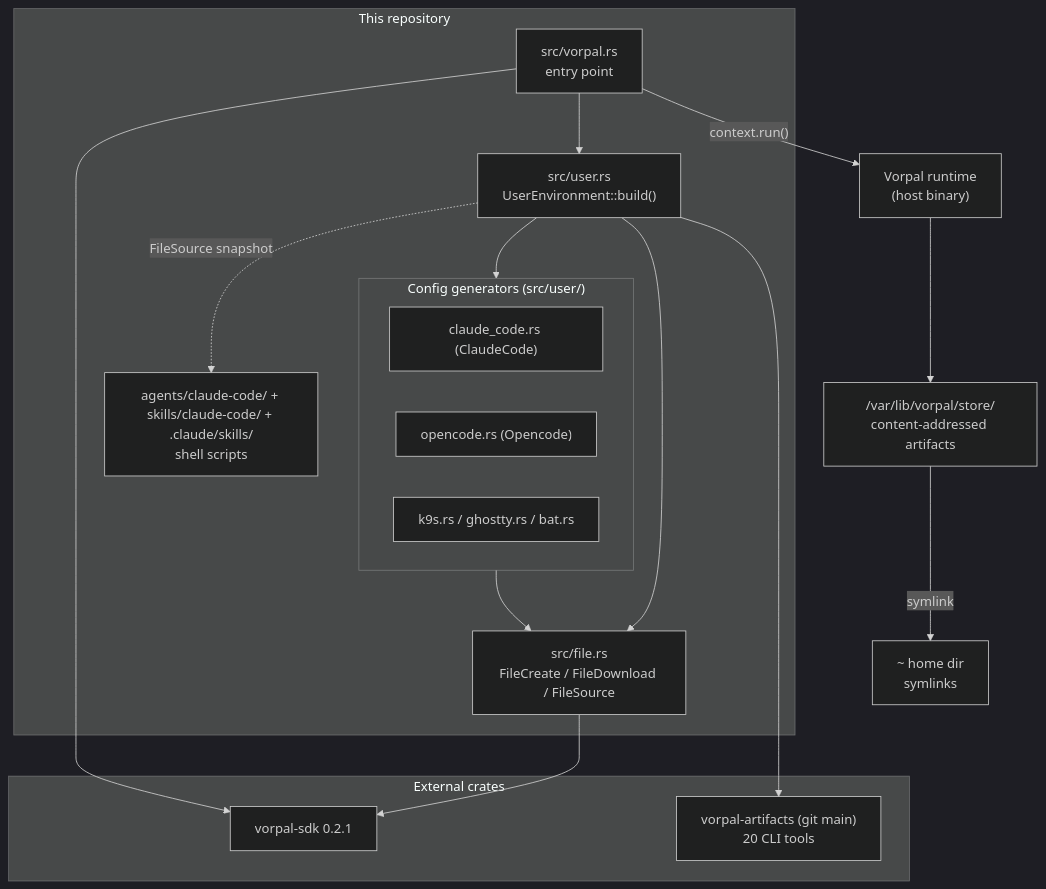
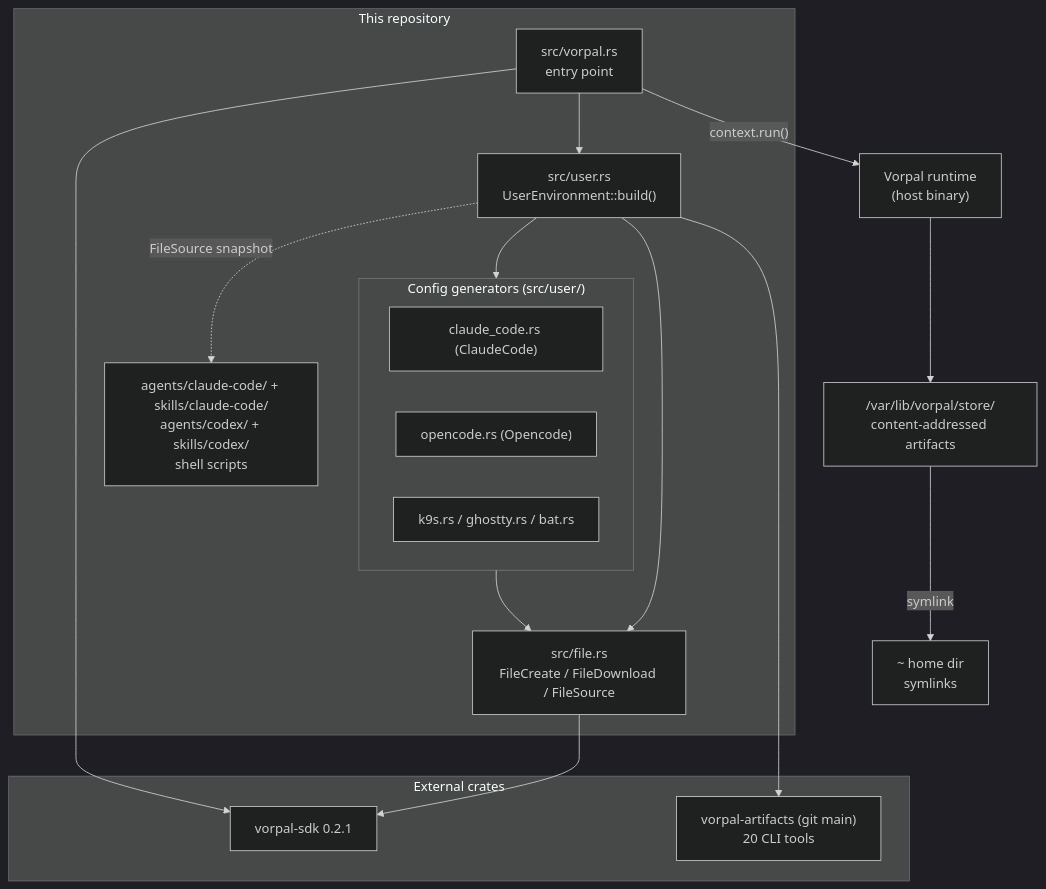
Before and after one commit to ALT-F4-LLC/dotfiles.vorpal: the first of 2 diagrams in docs/spec/architecture.md, drawn with Mermaid (dark theme). The commit also changed other lines of this file and 27 other files, not shown here.

Commit message:
Add Codex agent team payload

````diff
--- a/docs/spec/architecture.md
+++ b/docs/spec/architecture.md
@@ -80,35 +82,35 @@
 ```mermaid
 graph TD
     subgraph repo["This repository"]
         VR["src/vorpal.rs<br/>entry point"]
         UE["src/user.rs<br/>UserEnvironment::build()"]
         FP["src/file.rs<br/>FileCreate / FileDownload / FileSource"]
         subgraph gen["Config generators (src/user/)"]
             CC["claude_code.rs (ClaudeCode)"]
             OC["opencode.rs (Opencode)"]
             K9["k9s.rs / ghostty.rs / bat.rs"]
         end
-        PAYLOAD["agents/claude-code/ + skills/claude-code/ + .claude/skills/<br/>shell scripts"]
+        PAYLOAD["agents/claude-code/ + skills/claude-code/<br/>agents/codex/ + skills/codex/<br/>shell scripts"]
     end
 
     subgraph ext["External crates"]
         SDK["vorpal-sdk 0.2.1"]
         ARTS["vorpal-artifacts (git main)<br/>20 CLI tools"]
     end
 
     RT["Vorpal runtime<br/>(host binary)"]
     STORE["/var/lib/vorpal/store/<br/>content-addressed artifacts"]
     HOME["~ home dir<br/>symlinks"]
 
     VR --> UE
     UE --> FP
     UE --> gen
     gen --> FP
     UE --> ARTS
     UE -. "FileSource snapshot" .-> PAYLOAD
     FP --> SDK
     VR --> SDK
     VR -->|"context.run()"| RT
     RT --> STORE
     STORE -->|symlink| HOME
 ```
````
